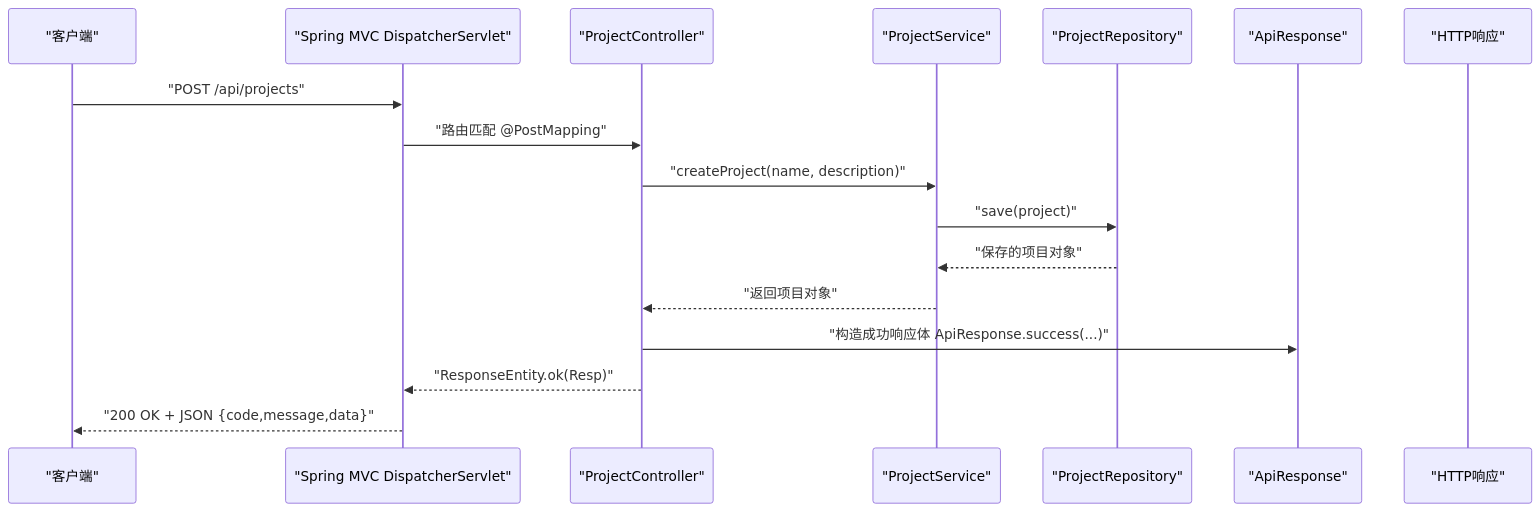
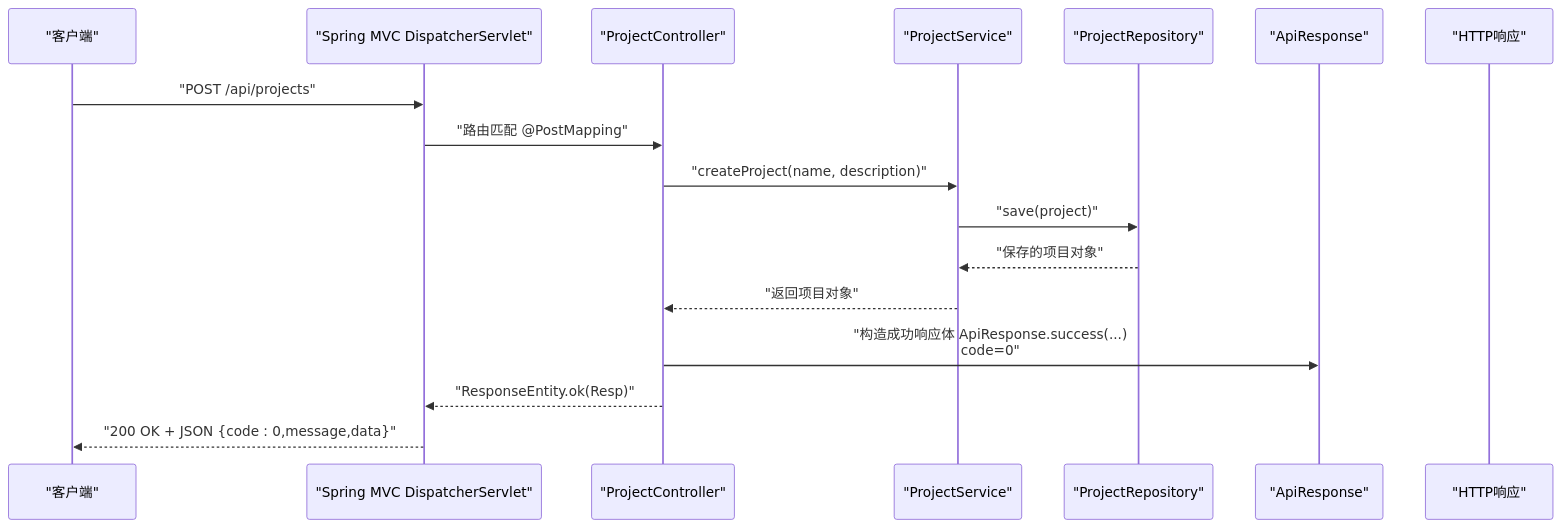
One commit to zhou9832/test1-qoder changed the second of 3 diagrams in .qoder/repowiki/zh/content/后端架构/API控制器层.md. Above: the diagram before and after it, drawn with Mermaid. The commit also changed other lines of this file and 59 other files, not shown here.

````diff
--- a/.qoder/repowiki/zh/content/后端架构/API控制器层.md
+++ b/.qoder/repowiki/zh/content/后端架构/API控制器层.md
@@ -95,19 +101,19 @@
 ```mermaid
 sequenceDiagram
 participant Client as "客户端"
 participant SpringMVC as "Spring MVC DispatcherServlet"
 participant Controller as "ProjectController"
 participant Service as "ProjectService"
 participant Repo as "ProjectRepository"
 participant Resp as "ApiResponse"
 participant HTTP as "HTTP响应"
 Client->>SpringMVC : "POST /api/projects"
 SpringMVC->>Controller : "路由匹配 @PostMapping"
 Controller->>Service : "createProject(name, description)"
 Service->>Repo : "save(project)"
 Repo-->>Service : "保存的项目对象"
 Service-->>Controller : "返回项目对象"
-Controller->>Resp : "构造成功响应体 ApiResponse.success(...)"
+Controller->>Resp : "构造成功响应体 ApiResponse.success(...)<br/>code=0"
 Controller-->>SpringMVC : "ResponseEntity.ok(Resp)"
-SpringMVC-->>Client : "200 OK + JSON {code,message,data}"
+SpringMVC-->>Client : "200 OK + JSON {code : 0,message,data}"
 ```
````
